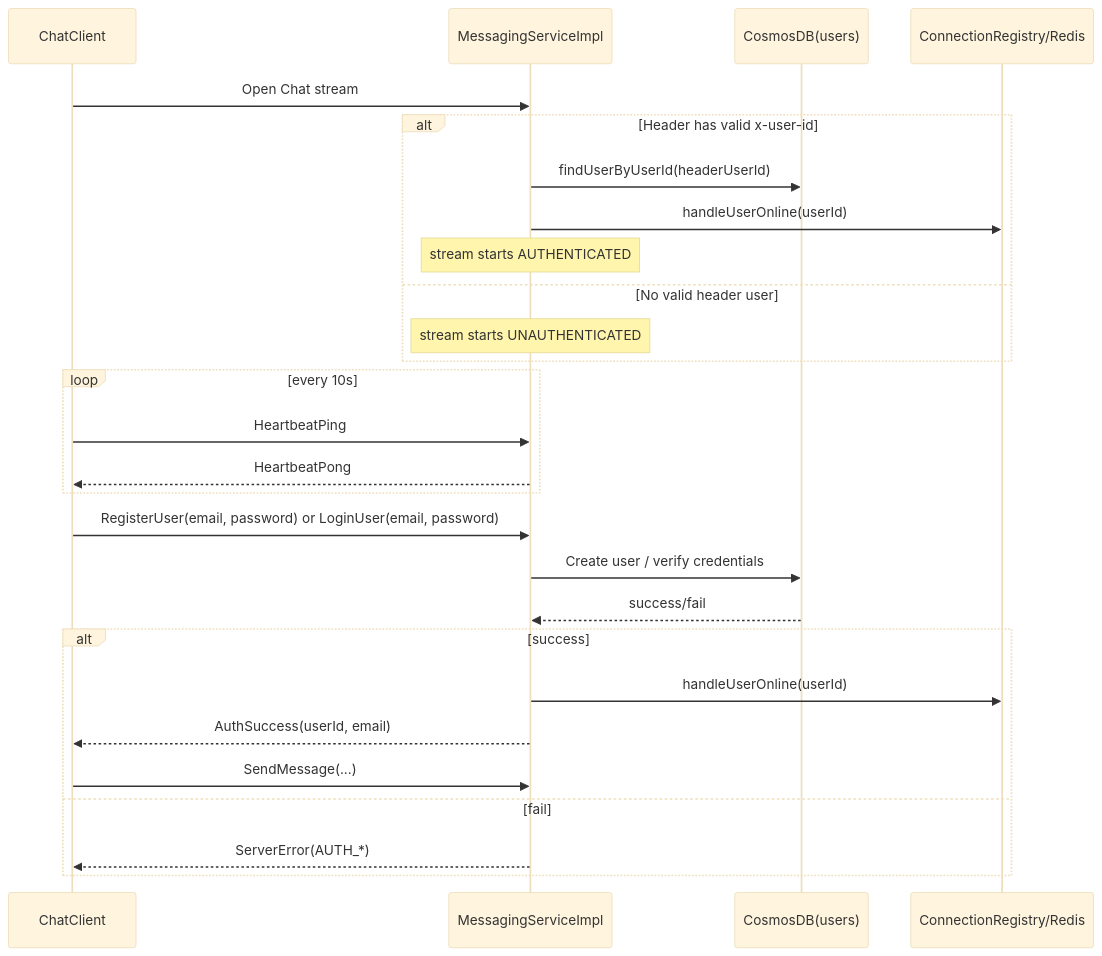
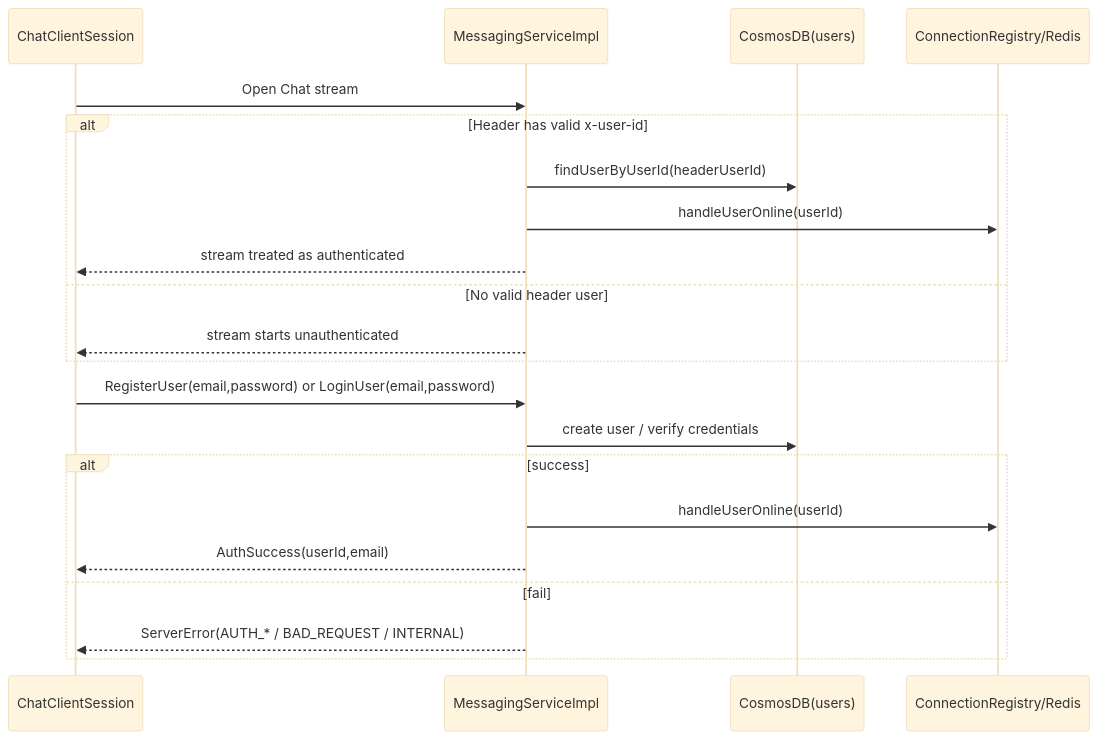
Before and after one commit to Matt1204/distributed-messaging-system: the diagram in specs/login_register_design.md, drawn with Mermaid (base theme). The commit also changed other lines of this file and 7 other files, not shown here.

````diff
--- a/specs/login_register_design.md
+++ b/specs/login_register_design.md
@@ -30,30 +35,25 @@
 ```mermaid
 sequenceDiagram
-    participant C as ChatClient
+    participant C as ChatClientSession
     participant S as MessagingServiceImpl
     participant D as CosmosDB(users)
     participant R as ConnectionRegistry/Redis
 
     C->>S: Open Chat stream
     alt Header has valid x-user-id
         S->>D: findUserByUserId(headerUserId)
         S->>R: handleUserOnline(userId)
-        Note over S: stream starts AUTHENTICATED
+        S-->>C: stream treated as authenticated
     else No valid header user
-        Note over S: stream starts UNAUTHENTICATED
+        S-->>C: stream starts unauthenticated
     end
-    loop every 10s
-        C->>S: HeartbeatPing
-        S-->>C: HeartbeatPong
-    end
-    C->>S: RegisterUser(email, password) or LoginUser(email, password)
-    S->>D: Create user / verify credentials
-    D-->>S: success/fail
+
+    C->>S: RegisterUser(email,password) or LoginUser(email,password)
+    S->>D: create user / verify credentials
     alt success
         S->>R: handleUserOnline(userId)
-        S-->>C: AuthSuccess(userId, email)
-        C->>S: SendMessage(...)
+        S-->>C: AuthSuccess(userId,email)
     else fail
-        S-->>C: ServerError(AUTH_*)
+        S-->>C: ServerError(AUTH_* / BAD_REQUEST / INTERNAL)
     end
 ```
````
